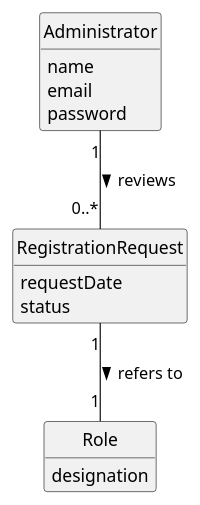
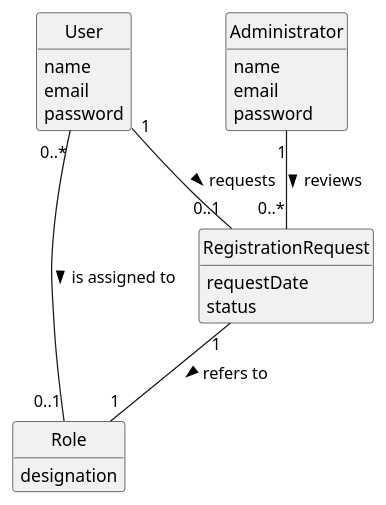
One commit to Departamento-de-Engenharia-Informatica/sem2-pi-25-26-g096-repo changed the diagram in docs/system-documentation/US02/02.analysis/puml/US02-DM.puml. Above: the diagram before and after it, drawn with PlantUML. The commit also changed 3 other files, not shown here.

Commit message:
US01 & US02 (Code & Docs) - Update domain models to clarify role assignment process and enhance relationships between User, Role, and RegistrationRequest [#20][#22]

```diff
--- a/docs/system-documentation/US02/02.analysis/puml/US02-DM.puml
+++ b/docs/system-documentation/US02/02.analysis/puml/US02-DM.puml
@@ -1,27 +1,35 @@
 @startuml
 skinparam monochrome true
 skinparam packageStyle rectangle
 skinparam shadowing false
 skinparam classAttributeIconSize 0
 hide circle
 hide methods
 
+class User {
+    name
+    email
+    password
+}
+
 class Administrator {
     name
     email
     password
+}
+
+class Role {
+    designation
 }
 
 class RegistrationRequest {
     requestDate
     status
 }
 
-class Role {
-    designation
-}
-
+User "1" -- "0..1" RegistrationRequest : requests >
 Administrator "1" -- "0..*" RegistrationRequest : reviews >
 RegistrationRequest "1" -- "1" Role : refers to >
+User "0..*" -- "0..1" Role : is assigned to >
 
 @enduml
```
